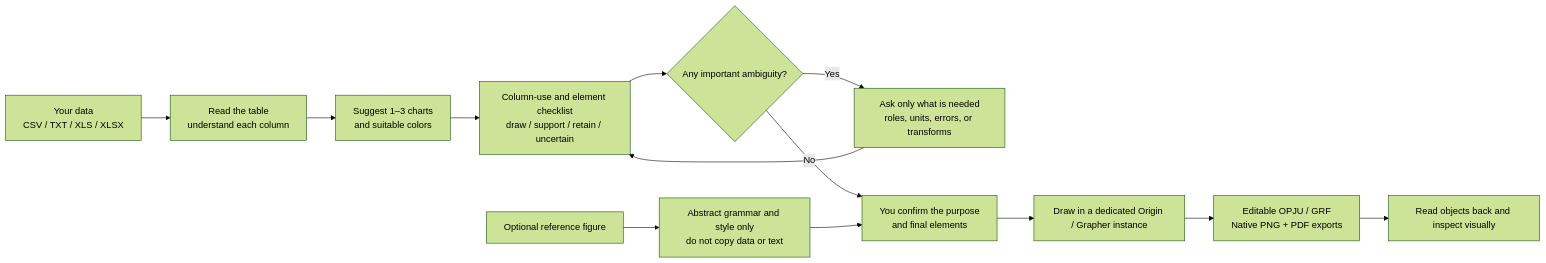
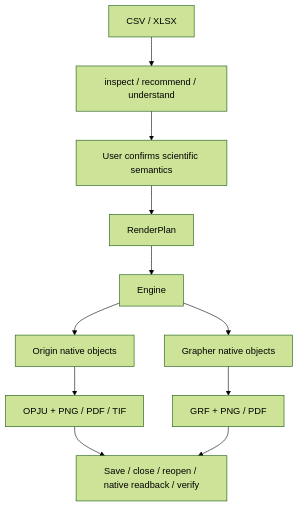
The diagram in README.en.md (yuxian-cell/figureloom), drawn with Mermaid (forest theme) before and after one commit. The commit also changed other lines of this file and 3 other files, not shown here.

Commit message:
docs: rewrite FigureLoom homepage for dual native backends

````diff
--- a/README.en.md
+++ b/README.en.md
@@ -29,15 +18,13 @@
 ```mermaid
-flowchart LR
-    A["Your data<br>CSV / TXT / XLS / XLSX"] --> B["Read the table<br>understand each column"]
-    B --> C["Suggest 1–3 charts<br>and suitable colors"]
-    C --> D["Column-use and element checklist<br>draw / support / retain / uncertain"]
-    D --> E{"Any important ambiguity?"}
-    E -- Yes --> F["Ask only what is needed<br>roles, units, errors, or transforms"]
-    F --> D
-    E -- No --> G["You confirm the purpose<br>and final elements"]
-    R["Optional reference figure"] --> S["Abstract grammar and style only<br>do not copy data or text"]
-    S --> G
-    G --> H["Draw in a dedicated Origin / Grapher instance"]
-    H --> I["Editable OPJU / GRF<br>Native PNG + PDF exports"]
-    I --> J["Read objects back and inspect visually"]
+flowchart TD
+    A[CSV / XLSX] --> B[inspect / recommend / understand]
+    B --> C[User confirms scientific semantics]
+    C --> D[RenderPlan]
+    D --> E[Engine]
+    E --> F[Origin native objects]
+    E --> G[Grapher native objects]
+    F --> H[OPJU + PNG / PDF / TIF]
+    G --> I[GRF + PNG / PDF]
+    H --> J[Save / close / reopen / native readback / verify]
+    I --> J
 ```
````
